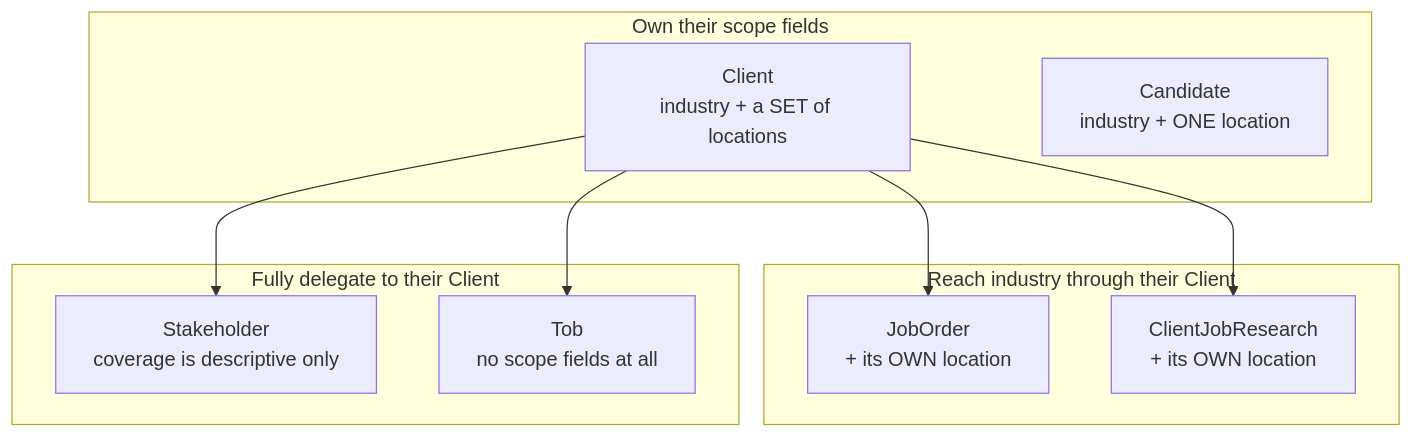
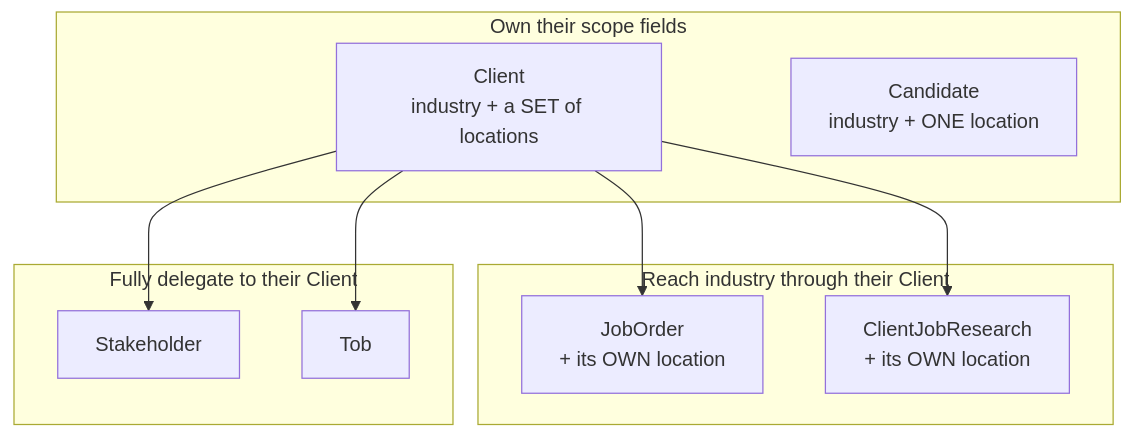
One commit to Marcuswong0327/linktal-recruitment-os changed the third of 4 diagrams in docs/scope-explained.md. Above: the diagram before and after it, drawn with Mermaid. The commit also changed other lines of this file and 108 other files, not shown here.

````diff
--- a/docs/scope-explained.md
+++ b/docs/scope-explained.md
@@ -266,19 +227,19 @@
 ```mermaid
 flowchart TD
     subgraph OWN["Own their scope fields"]
         CL["Client<br/>industry + a SET of locations"]
         CA["Candidate<br/>industry + ONE location"]
     end
     subgraph VIA["Reach industry through their Client"]
         JO["JobOrder<br/>+ its OWN location"]
         JR["ClientJobResearch<br/>+ its OWN location"]
     end
     subgraph DEL["Fully delegate to their Client"]
-        ST["Stakeholder<br/>coverage is descriptive only"]
-        TB["Tob<br/>no scope fields at all"]
+        ST["Stakeholder"]
+        TB["Tob"]
     end
     CL --> JO
     CL --> JR
     CL --> ST
     CL --> TB
 ```
````
